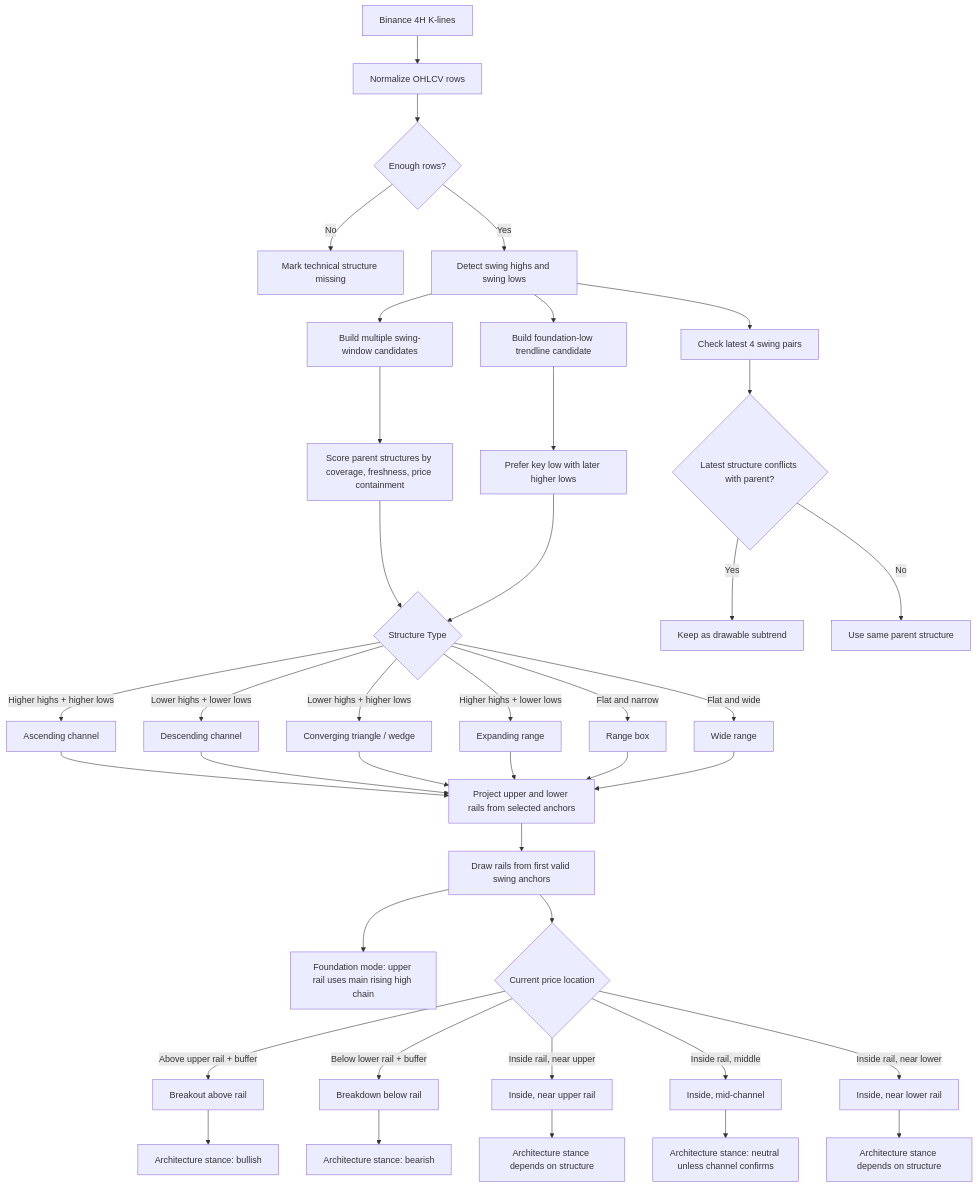
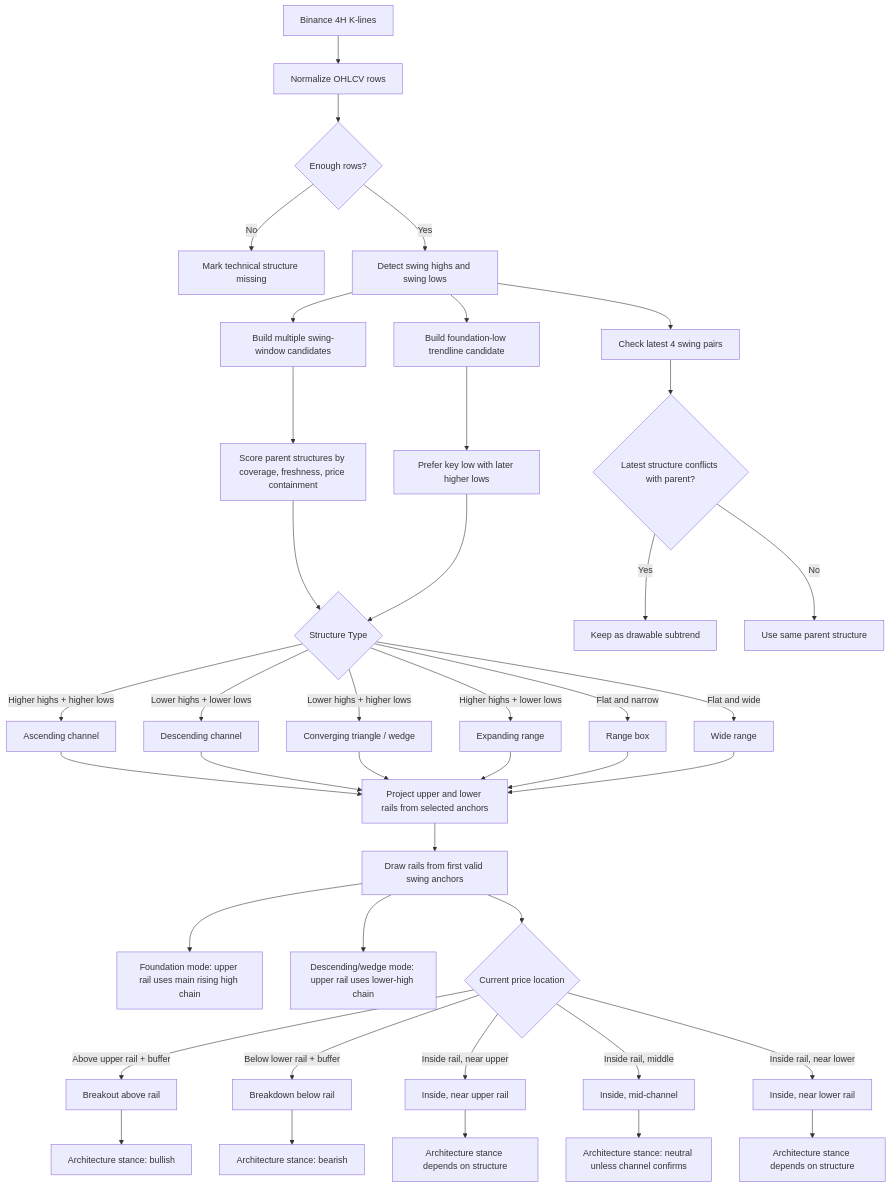
The first of 3 diagrams in docs/TECHNICAL_ARCHITECTURE.md (Lzh-xbccz/hermes-finance), drawn with Mermaid before and after one commit. The commit also changed 5 other files, not shown here.

Commit message:
fix: use lower high chain for crypto upper rail

````diff
--- a/docs/TECHNICAL_ARCHITECTURE.md
+++ b/docs/TECHNICAL_ARCHITECTURE.md
@@ -7,48 +7,49 @@
 ```mermaid
 flowchart TD
     A[Binance 4H K-lines] --> B[Normalize OHLCV rows]
     B --> C{Enough rows?}
     C -- No --> C1[Mark technical structure missing]
     C -- Yes --> D[Detect swing highs and swing lows]
 
     D --> E[Build multiple swing-window candidates]
     D --> E1[Build foundation-low trendline candidate]
     E --> F[Score parent structures by coverage, freshness, price containment]
     E1 --> F1[Prefer key low with later higher lows]
     F --> G{Structure Type}
     F1 --> G
 
     G -- Higher highs + higher lows --> G1[Ascending channel]
     G -- Lower highs + lower lows --> G2[Descending channel]
     G -- Lower highs + higher lows --> G3[Converging triangle / wedge]
     G -- Higher highs + lower lows --> G4[Expanding range]
     G -- Flat and narrow --> G5[Range box]
     G -- Flat and wide --> G6[Wide range]
 
     G1 --> H[Project upper and lower rails from selected anchors]
     G2 --> H
     G3 --> H
     G4 --> H
     G5 --> H
     G6 --> H
 
     H --> H1[Draw rails from first valid swing anchors]
     H1 --> H6[Foundation mode: upper rail uses main rising high chain]
+    H1 --> H7[Descending/wedge mode: upper rail uses lower-high chain]
     D --> H2[Check latest 4 swing pairs]
     H2 --> H3{Latest structure conflicts with parent?}
     H3 -- Yes --> H4[Keep as drawable subtrend]
     H3 -- No --> H5[Use same parent structure]
 
     H1 --> I{Current price location}
     I -- Above upper rail + buffer --> I1[Breakout above rail]
     I -- Below lower rail + buffer --> I2[Breakdown below rail]
     I -- Inside rail, near upper --> I3[Inside, near upper rail]
     I -- Inside rail, middle --> I4[Inside, mid-channel]
     I -- Inside rail, near lower --> I5[Inside, near lower rail]
 
     I1 --> J1[Architecture stance: bullish]
     I2 --> J2[Architecture stance: bearish]
     I3 --> J3[Architecture stance depends on structure]
     I4 --> J4[Architecture stance: neutral unless channel confirms]
     I5 --> J5[Architecture stance depends on structure]
 ```
````
